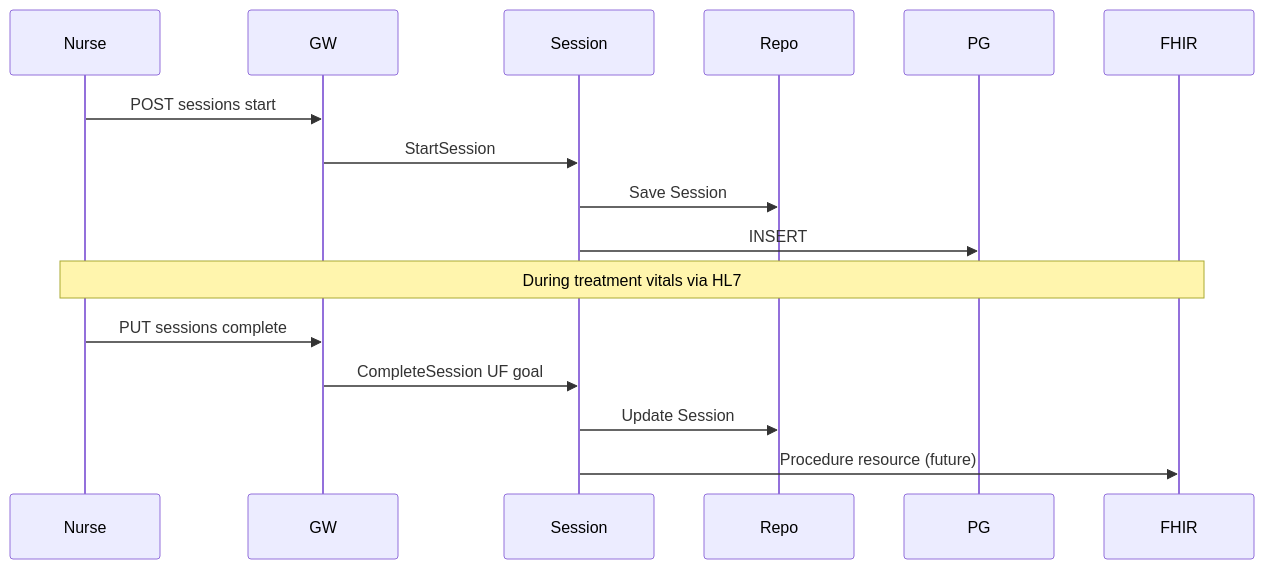
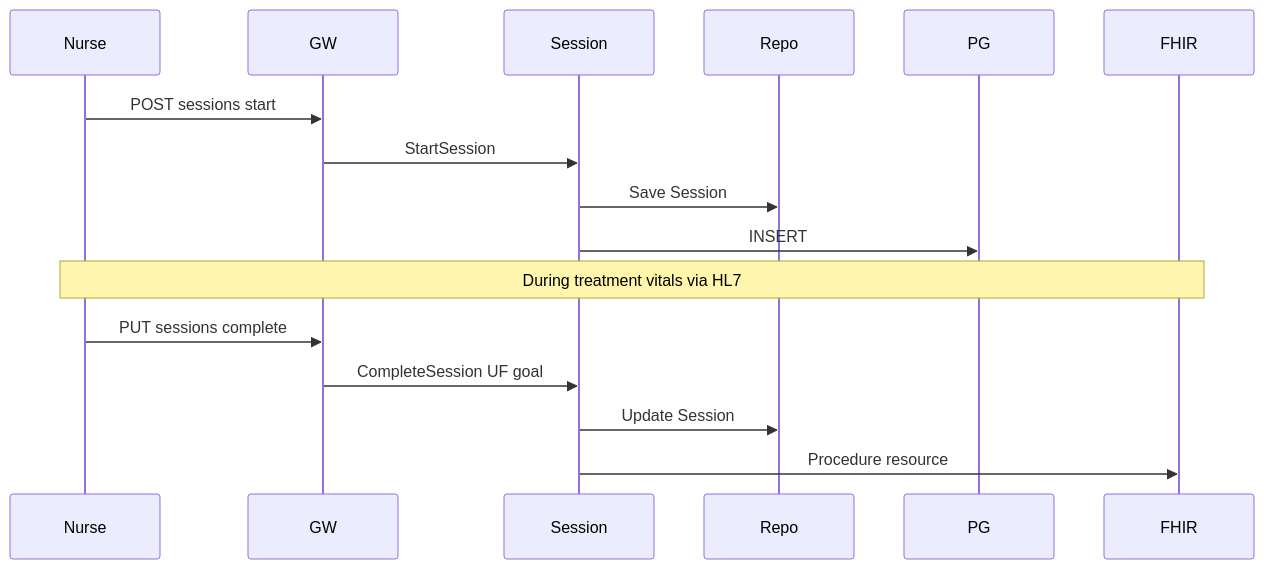
One commit to Ahmed-Shehzad/Dialysis changed the fifth of 5 diagrams in docs/SYSTEM-ARCHITECTURE.md. Above: the diagram before and after it, drawn with Mermaid. The commit also changed other lines of this file and 19 other files, not shown here.

````diff
--- a/docs/SYSTEM-ARCHITECTURE.md
+++ b/docs/SYSTEM-ARCHITECTURE.md
@@ -214,21 +219,21 @@
 ```mermaid
 sequenceDiagram
     participant Nurse
     participant GW
     participant Session
     participant Repo
     participant PG
     participant FHIR
 
     Nurse->>GW: POST sessions start
     GW->>Session: StartSession
     Session->>Repo: Save Session
     Session->>PG: INSERT
 
     Note over Nurse,FHIR: During treatment vitals via HL7
 
     Nurse->>GW: PUT sessions complete
     GW->>Session: CompleteSession UF goal
     Session->>Repo: Update Session
-    Session->>FHIR: Procedure resource (future)
+    Session->>FHIR: Procedure resource
 ```
````
